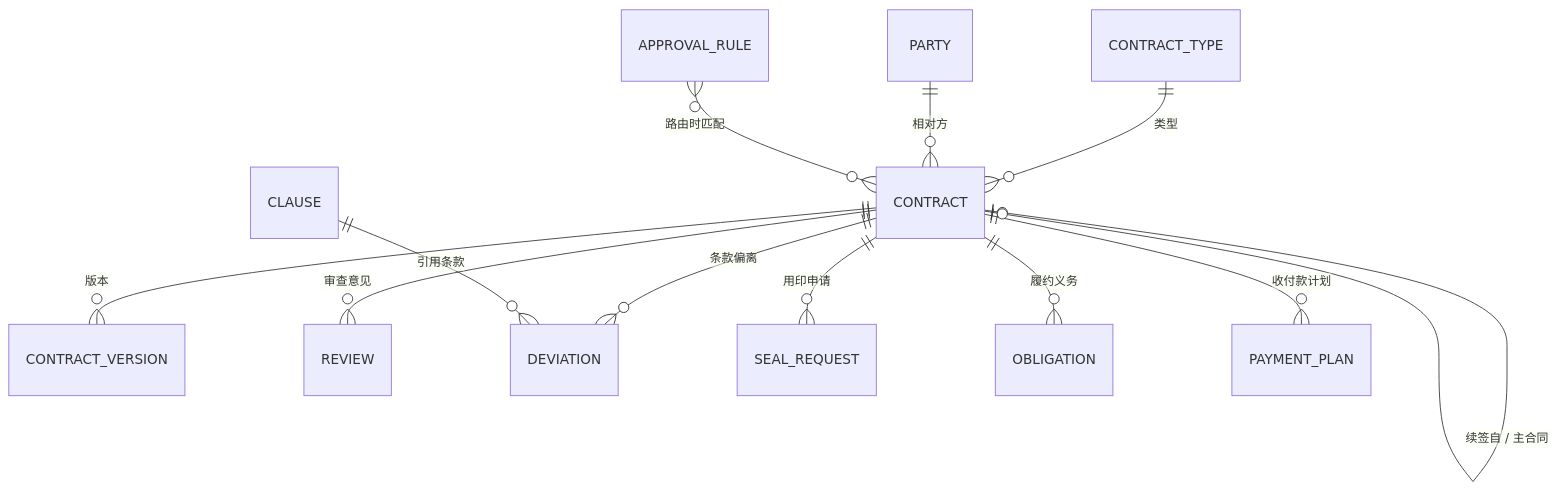
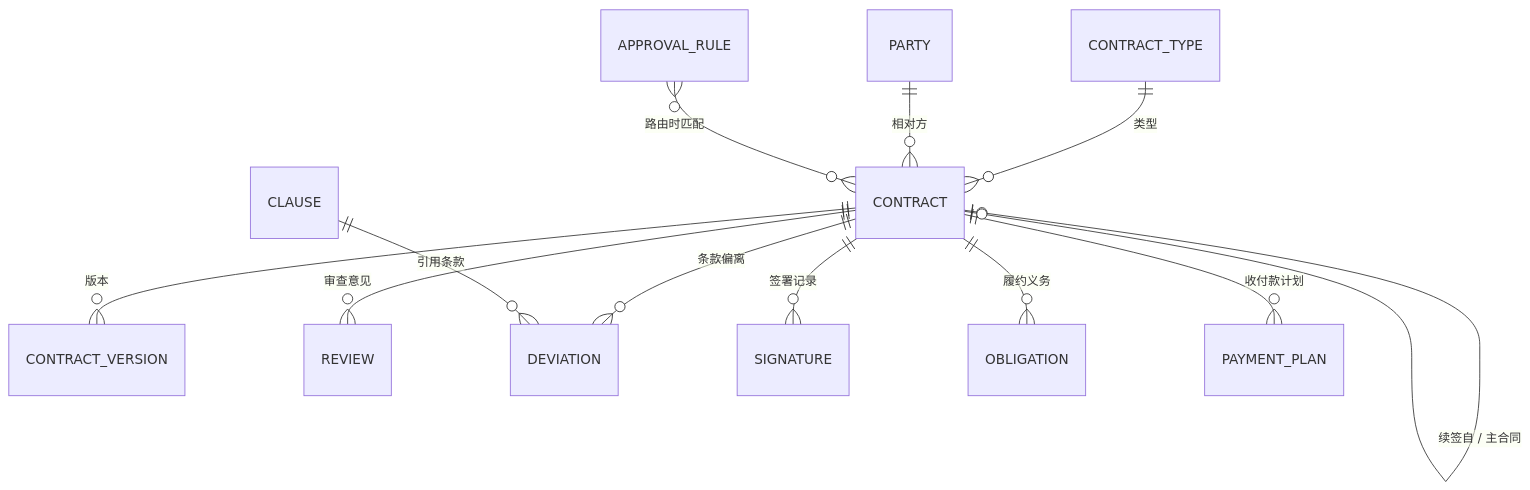
One commit to objectstack-ai/hotclm changed the second of 3 diagrams in docs/design/00-设计方案.md. Above: the diagram before and after it, drawn with Mermaid. The commit also changed other lines of this file and 20 other files, not shown here.

First line of the commit message:
docs+objects: global-first revision, AI participation, Agiloft gap, roadmap

````diff
--- a/docs/design/00-设计方案.md
+++ b/docs/design/00-设计方案.md
@@ -315,14 +324,14 @@
 ```mermaid
 erDiagram
   CONTRACT_TYPE ||--o{ CONTRACT : "类型"
   PARTY ||--o{ CONTRACT : "相对方"
   CONTRACT ||--o{ CONTRACT_VERSION : "版本"
   CONTRACT ||--o{ REVIEW : "审查意见"
   CONTRACT ||--o{ DEVIATION : "条款偏离"
   CLAUSE ||--o{ DEVIATION : "引用条款"
-  CONTRACT ||--o{ SEAL_REQUEST : "用印申请"
+  CONTRACT ||--o{ SIGNATURE : "签署记录"
   CONTRACT ||--o{ OBLIGATION : "履约义务"
   CONTRACT ||--o{ PAYMENT_PLAN : "收付款计划"
   CONTRACT o|--o| CONTRACT : "续签自 / 主合同"
   APPROVAL_RULE }o--o{ CONTRACT : "路由时匹配"
 ```
````
